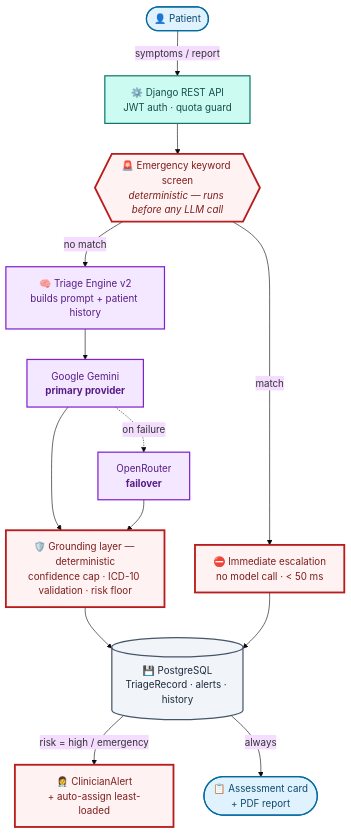
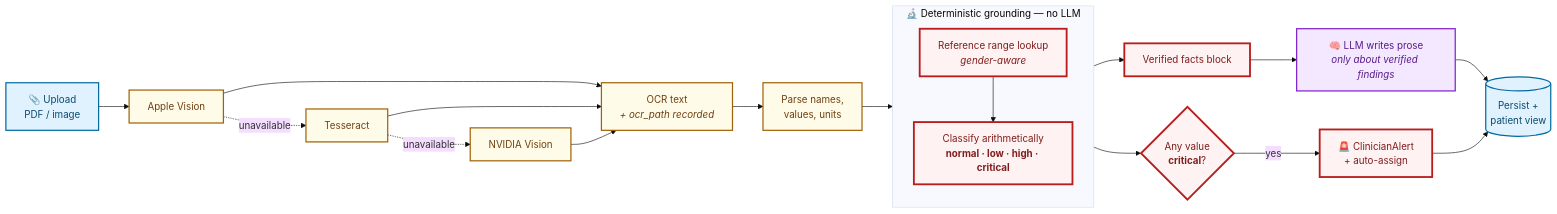
The third of 4 diagrams in README.md (janhvisaste/Medaid), drawn with Mermaid (base theme) before and after one commit. The commit also changed other lines of this file, not shown here.

````diff
--- a/README.md
+++ b/README.md
@@ -61,40 +226,29 @@
 ```mermaid
-flowchart TD
-    PATIENT(["👤 Patient"]) -->|"symptoms / report"| API
+flowchart LR
+    U["📎 Upload<br/>PDF / image"] --> AV["Apple Vision"]
+    AV -.unavailable.-> TS["Tesseract"]
+    TS -.unavailable.-> NV["NVIDIA Vision"]
+    AV & TS & NV --> TXT["OCR text<br/><i>+ ocr_path recorded</i>"]
+    TXT --> PARSE["Parse names,<br/>values, units"]
+    PARSE --> GROUND
 
-    API["⚙️ Django REST API<br/>JWT auth · quota guard"]
-    API --> SCREEN
+    subgraph GROUND["🔬 Deterministic grounding — no LLM"]
+        direction TB
+        REF["Reference range lookup<br/><i>gender-aware</i>"] --> CLS["Classify arithmetically<br/><b>normal · low · high · critical</b>"]
+    end
 
-    SCREEN{{"🚨 Emergency keyword screen<br/><i>deterministic — runs before any LLM call</i>"}}
-    SCREEN -->|"match"| ESCALATE["⛔ Immediate escalation<br/>no model call · &lt; 50 ms"]
-    SCREEN -->|"no match"| ENGINE
+    GROUND --> FACTS["Verified facts block"] --> LLM["🧠 LLM writes prose<br/><i>only about verified findings</i>"]
+    LLM --> STORE[("Persist +<br/>patient view")]
+    GROUND --> CRIT{"Any value<br/><b>critical</b>?"}
+    CRIT -->|yes| ESC["🚨 ClinicianAlert<br/>+ auto-assign"] --> STORE
 
-    ENGINE["🧠 Triage Engine v2<br/>builds prompt + patient history"]
-    ENGINE --> GEMINI
-
-    GEMINI["Google Gemini<br/><b>primary provider</b>"]
-    GEMINI -.->|"on failure"| OPENROUTER["OpenRouter<br/><b>failover</b>"]
-    GEMINI --> GROUND
-    OPENROUTER --> GROUND
-
-    GROUND["🛡️ Grounding layer — deterministic<br/>confidence cap · ICD-10 validation · risk floor"]
-    GROUND --> DB
-
-    DB[("💾 PostgreSQL<br/>TriageRecord · alerts · history")]
-    ESCALATE --> DB
-
-    DB -->|"risk = high / emergency"| ALERT["👩‍⚕️ ClinicianAlert<br/>+ auto-assign least-loaded"]
-    DB -->|"always"| PATIENT2(["📋 Assessment card<br/>+ PDF report"])
-
-    classDef entry fill:#e0f2fe,stroke:#0369a1,stroke-width:2px,color:#0c4a6e
-    classDef api fill:#ccfbf1,stroke:#0f766e,stroke-width:2px,color:#134e4a
-    classDef safety fill:#fef2f2,stroke:#b91c1c,stroke-width:3px,color:#7f1d1d
-    classDef engine fill:#f3e8ff,stroke:#7e22ce,stroke-width:2px,color:#581c87
-    classDef data fill:#f1f5f9,stroke:#475569,stroke-width:2px,color:#1e293b
-
-    class PATIENT,PATIENT2 entry
-    class API api
-    class SCREEN,ESCALATE,GROUND,ALERT safety
-    class ENGINE,GEMINI,OPENROUTER engine
-    class DB data
+    classDef io fill:#e0f2fe,stroke:#0369a1,stroke-width:2px,color:#0c4a6e
+    classDef ocrS fill:#fefce8,stroke:#a16207,stroke-width:2px,color:#713f12
+    classDef gr fill:#fef2f2,stroke:#b91c1c,stroke-width:3px,color:#7f1d1d
+    classDef llmS fill:#f3e8ff,stroke:#7e22ce,stroke-width:2px,color:#581c87
+    class U io
+    class AV,TS,NV,TXT,PARSE ocrS
+    class REF,CLS,FACTS,CRIT,ESC gr
+    class LLM llmS
+    class STORE io
 ```
````
